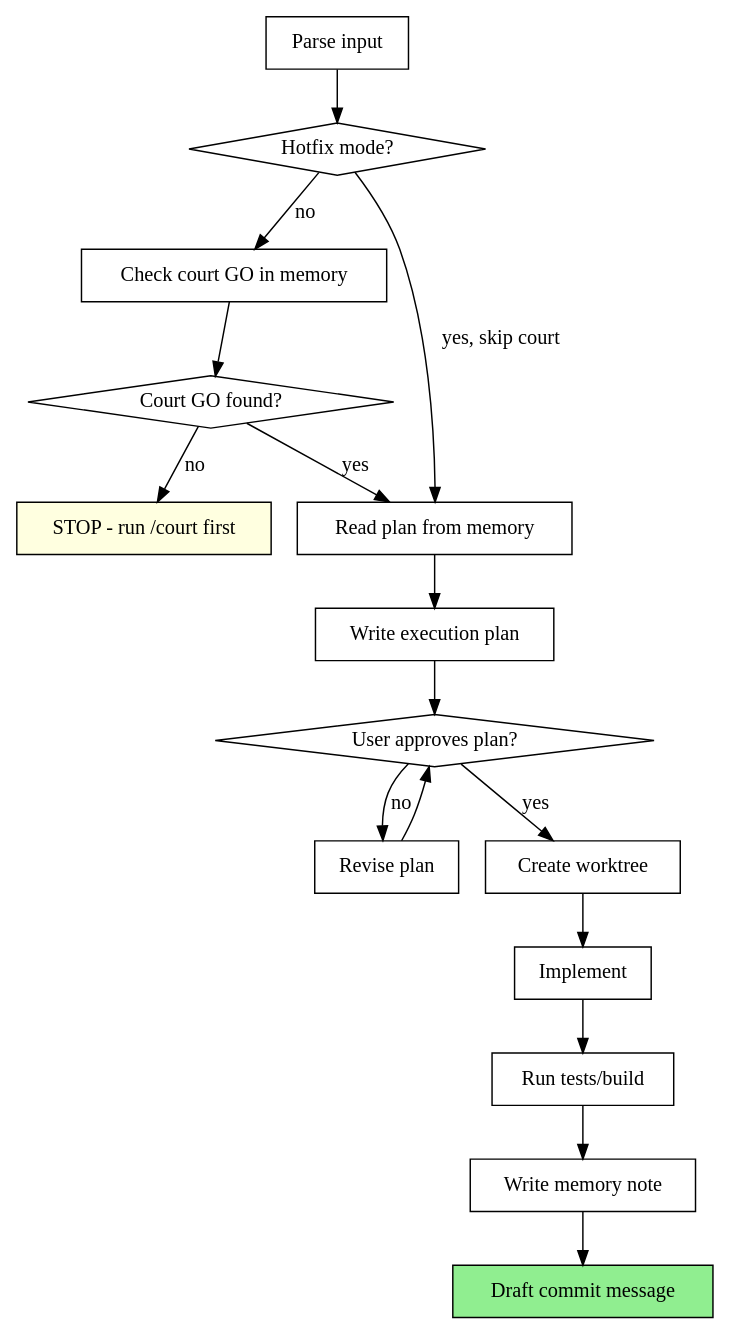
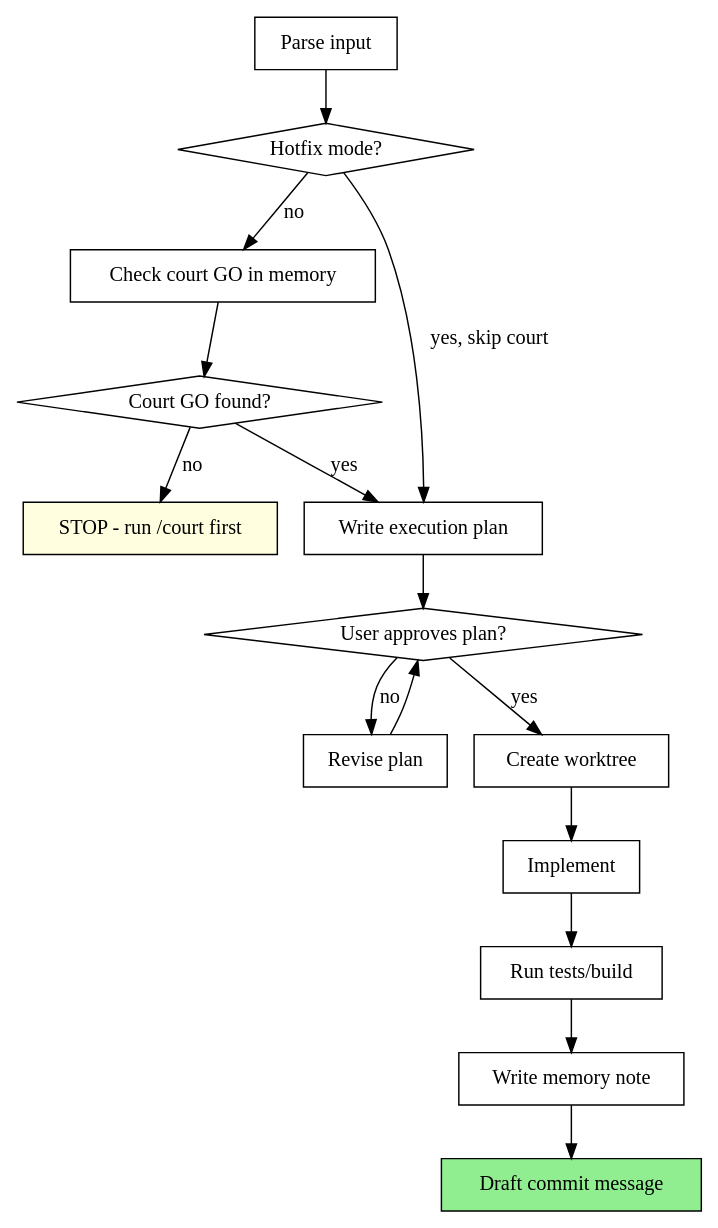
One commit to ceaksan/forge changed the diagram in skills/implement.md. Above: the diagram before and after it, drawn with Graphviz. The commit also changed other lines of this file and 7 other files, not shown here.

````diff
--- a/skills/implement.md
+++ b/skills/implement.md
@@ -19,34 +19,32 @@
 ```dot
 digraph implement_flow {
     "Parse input" [shape=box];
     "Hotfix mode?" [shape=diamond];
     "Check court GO in memory" [shape=box];
     "Court GO found?" [shape=diamond];
     "STOP - run /court first" [shape=box style=filled fillcolor=lightyellow];
-    "Read plan from memory" [shape=box];
     "Write execution plan" [shape=box];
     "User approves plan?" [shape=diamond];
     "Revise plan" [shape=box];
     "Create worktree" [shape=box];
     "Implement" [shape=box];
     "Run tests/build" [shape=box];
     "Write memory note" [shape=box];
     "Draft commit message" [shape=box style=filled fillcolor=lightgreen];
 
     "Parse input" -> "Hotfix mode?";
-    "Hotfix mode?" -> "Read plan from memory" [label="yes, skip court"];
+    "Hotfix mode?" -> "Write execution plan" [label="yes, skip court"];
     "Hotfix mode?" -> "Check court GO in memory" [label="no"];
     "Check court GO in memory" -> "Court GO found?";
-    "Court GO found?" -> "Read plan from memory" [label="yes"];
+    "Court GO found?" -> "Write execution plan" [label="yes"];
     "Court GO found?" -> "STOP - run /court first" [label="no"];
-    "Read plan from memory" -> "Write execution plan";
     "Write execution plan" -> "User approves plan?";
     "User approves plan?" -> "Revise plan" [label="no"];
     "Revise plan" -> "User approves plan?";
     "User approves plan?" -> "Create worktree" [label="yes"];
     "Create worktree" -> "Implement";
     "Implement" -> "Run tests/build";
     "Run tests/build" -> "Write memory note";
     "Write memory note" -> "Draft commit message";
 }
 ```
````
